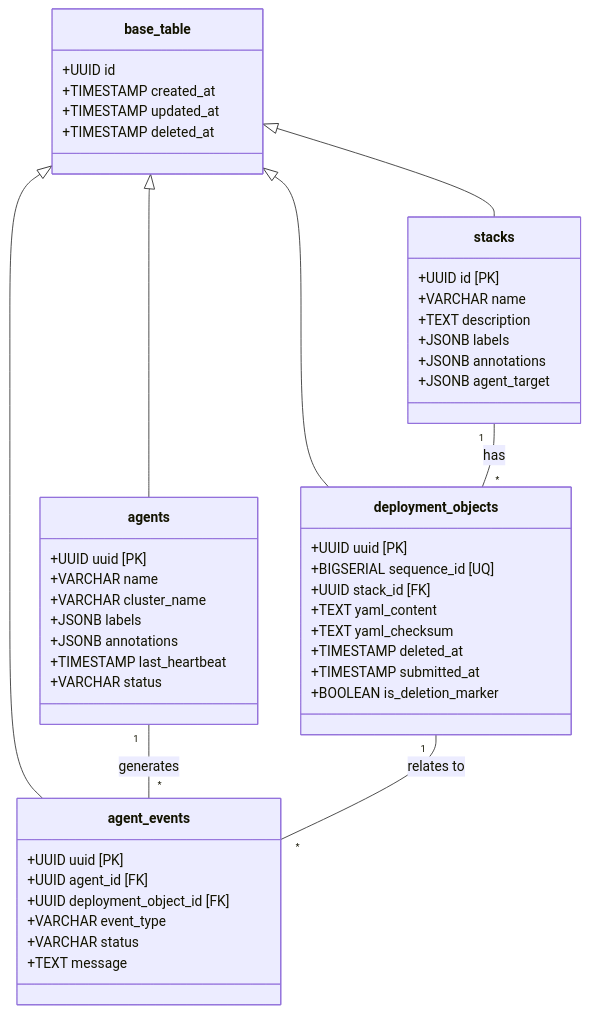
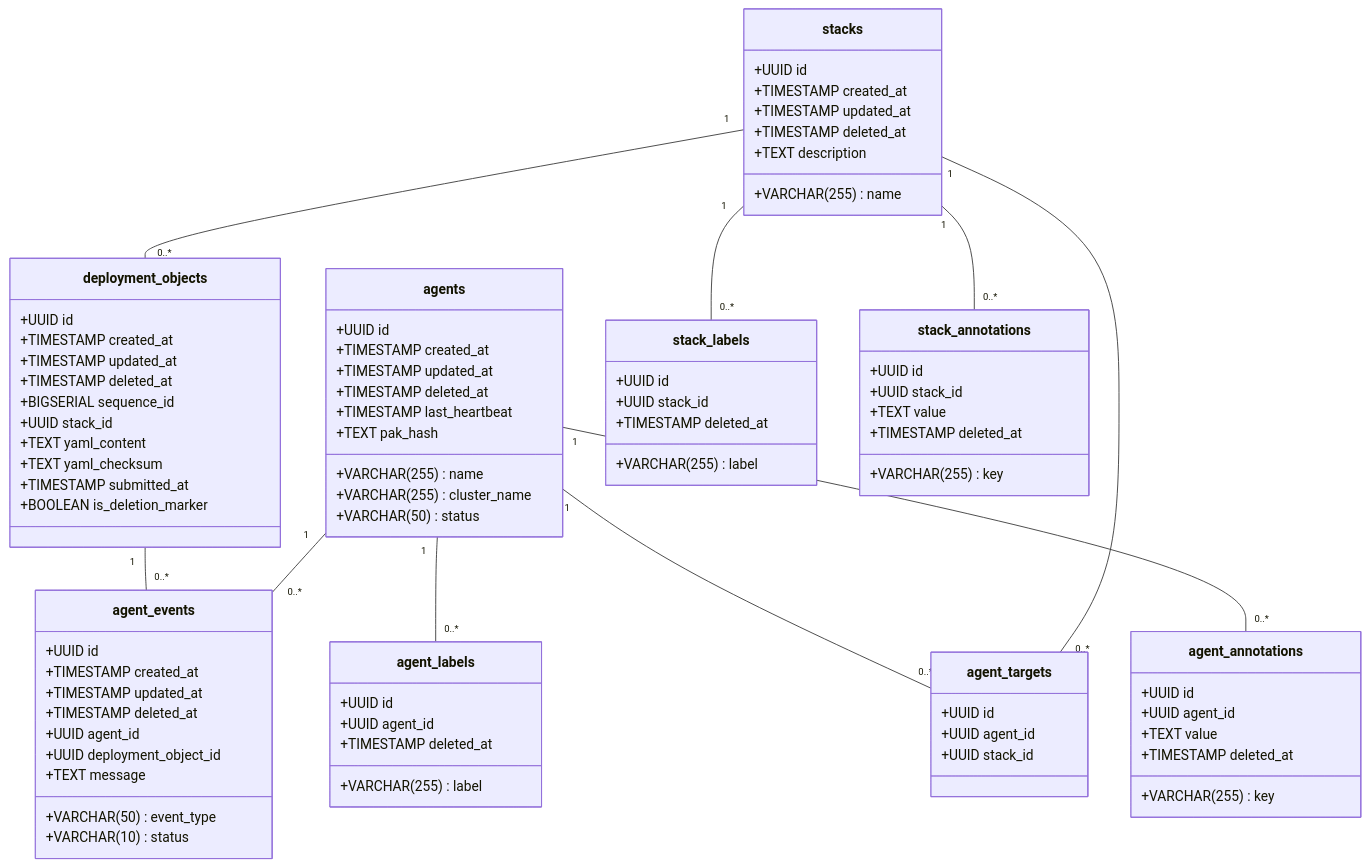
The first of 2 diagrams in DATAMODEL.md (colliery-io/brokkr), drawn with Mermaid before and after one commit. The commit also changed other lines of this file and 66 other files, not shown here.

````diff
--- a/DATAMODEL.md
+++ b/DATAMODEL.md
@@ -3,51 +3,94 @@
 ```mermaid
 classDiagram
-    class base_table {
+    class stacks {
         +UUID id
         +TIMESTAMP created_at
         +TIMESTAMP updated_at
         +TIMESTAMP deleted_at
+        +VARCHAR(255) name
+        +TEXT description
     }
+
     class agents {
-        +UUID uuid [PK]
-        +VARCHAR name
-        +VARCHAR cluster_name
-        +JSONB labels
-        +JSONB annotations
+        +UUID id
+        +TIMESTAMP created_at
+        +TIMESTAMP updated_at
+        +TIMESTAMP deleted_at
+        +VARCHAR(255) name
+        +VARCHAR(255) cluster_name
         +TIMESTAMP last_heartbeat
-        +VARCHAR status
+        +VARCHAR(50) status
+        +TEXT pak_hash
     }
+
     class deployment_objects {
-        +UUID uuid [PK]
-        +BIGSERIAL sequence_id [UQ]
-        +UUID stack_id [FK]
+        +UUID id
+        +TIMESTAMP created_at
+        +TIMESTAMP updated_at
+        +TIMESTAMP deleted_at
+        +BIGSERIAL sequence_id
+        +UUID stack_id
         +TEXT yaml_content
         +TEXT yaml_checksum
-        +TIMESTAMP deleted_at
         +TIMESTAMP submitted_at
         +BOOLEAN is_deletion_marker
     }
-    class stacks {
-        +UUID id [PK]
-        +VARCHAR name
-        +TEXT description
-        +JSONB labels
-        +JSONB annotations
-        +JSONB agent_target
-    }
+
     class agent_events {
-        +UUID uuid [PK]
-        +UUID agent_id [FK]
-        +UUID deployment_object_id [FK]
-        +VARCHAR event_type
-        +VARCHAR status
+        +UUID id
+        +TIMESTAMP created_at
+        +TIMESTAMP updated_at
+        +TIMESTAMP deleted_at
+        +UUID agent_id
+        +UUID deployment_object_id
+        +VARCHAR(50) event_type
+        +VARCHAR(10) status
         +TEXT message
     }
-    base_table <|-- agents
-    base_table <|-- stacks
-    base_table <|-- agent_events
-    base_table <|-- deployment_objects
-    stacks "1" -- "*" deployment_objects : has
-    agents "1" -- "*" agent_events : generates
-    deployment_objects "1" -- "*" agent_events : relates to
+
+    class agent_targets {
+        +UUID id
+        +UUID agent_id
+        +UUID stack_id
+    }
+
+    class stack_labels {
+        +UUID id
+        +UUID stack_id
+        +VARCHAR(255) label
+        +TIMESTAMP deleted_at
+    }
+
+    class stack_annotations {
+        +UUID id
+        +UUID stack_id
+        +VARCHAR(255) key
+        +TEXT value
+        +TIMESTAMP deleted_at
+    }
+
+    class agent_labels {
+        +UUID id
+        +UUID agent_id
+        +VARCHAR(255) label
+        +TIMESTAMP deleted_at
+    }
+
+    class agent_annotations {
+        +UUID id
+        +UUID agent_id
+        +VARCHAR(255) key
+        +TEXT value
+        +TIMESTAMP deleted_at
+    }
+
+    stacks "1" -- "0..*" deployment_objects
+    stacks "1" -- "0..*" agent_targets
+    agents "1" -- "0..*" agent_events
+    agents "1" -- "0..*" agent_targets
+    deployment_objects "1" -- "0..*" agent_events
+    stacks "1" -- "0..*" stack_labels
+    stacks "1" -- "0..*" stack_annotations
+    agents "1" -- "0..*" agent_labels
+    agents "1" -- "0..*" agent_annotations
 ```
````
